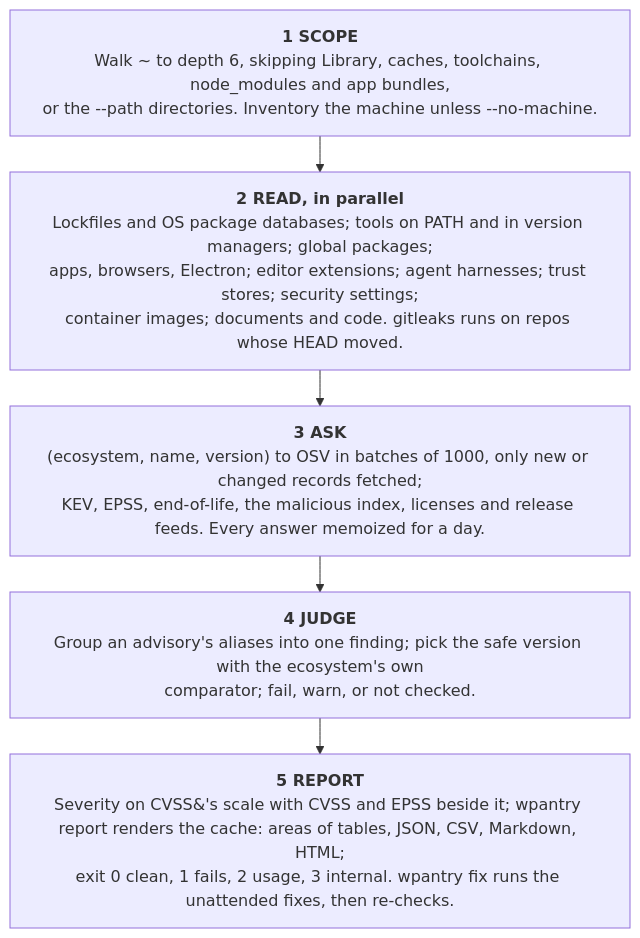
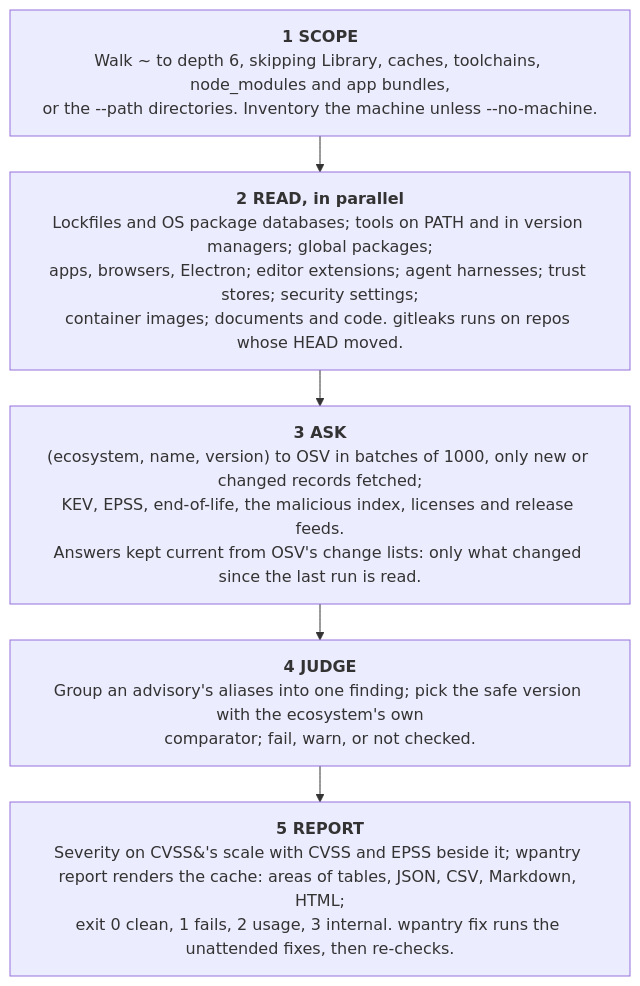
One commit to waffuruai/pantry changed the diagram in docs/architecture.md. Above: the diagram before and after it, drawn with Mermaid. The commit also changed other lines of this file and 23 other files, not shown here.

First line of the commit message:
Keep OSV's answers current from its change lists: fetch only what changed since the last run (#177)

````diff
--- a/docs/architecture.md
+++ b/docs/architecture.md
@@ -13,10 +13,10 @@
 ```mermaid
 %%{init: {"flowchart": {"wrappingWidth": 560, "nodeSpacing": 40, "rankSpacing": 36}}}%%
 flowchart TB
   scope["<b>1 SCOPE</b><br/>Walk ~ to depth 6, skipping Library, caches, toolchains, node_modules and app bundles,<br/>or the --path directories. Inventory the machine unless --no-machine."]
   read["<b>2 READ, in parallel</b><br/>Lockfiles and OS package databases; tools on PATH and in version managers; global packages;<br/>apps, browsers, Electron; editor extensions; agent harnesses; trust stores; security settings;<br/>container images; documents and code. gitleaks runs on repos whose HEAD moved."]
-  ask["<b>3 ASK</b><br/>(ecosystem, name, version) to OSV in batches of 1000, only new or changed records fetched;<br/>KEV, EPSS, end-of-life, the malicious index, licenses and release feeds. Every answer memoized for a day."]
+  ask["<b>3 ASK</b><br/>(ecosystem, name, version) to OSV in batches of 1000, only new or changed records fetched;<br/>KEV, EPSS, end-of-life, the malicious index, licenses and release feeds.<br/>Answers kept current from OSV's change lists: only what changed since the last run is read."]
   judge["<b>4 JUDGE</b><br/>Group an advisory's aliases into one finding; pick the safe version with the ecosystem's own<br/>comparator; fail, warn, or not checked."]
   report["<b>5 REPORT</b><br/>Severity on CVSS&#39;s scale with CVSS and EPSS beside it; wpantry report renders the cache: areas of tables, JSON, CSV, Markdown, HTML;<br/>exit 0 clean, 1 fails, 2 usage, 3 internal. wpantry fix runs the unattended fixes, then re-checks."]
   scope --> read --> ask --> judge --> report
 ```
````
